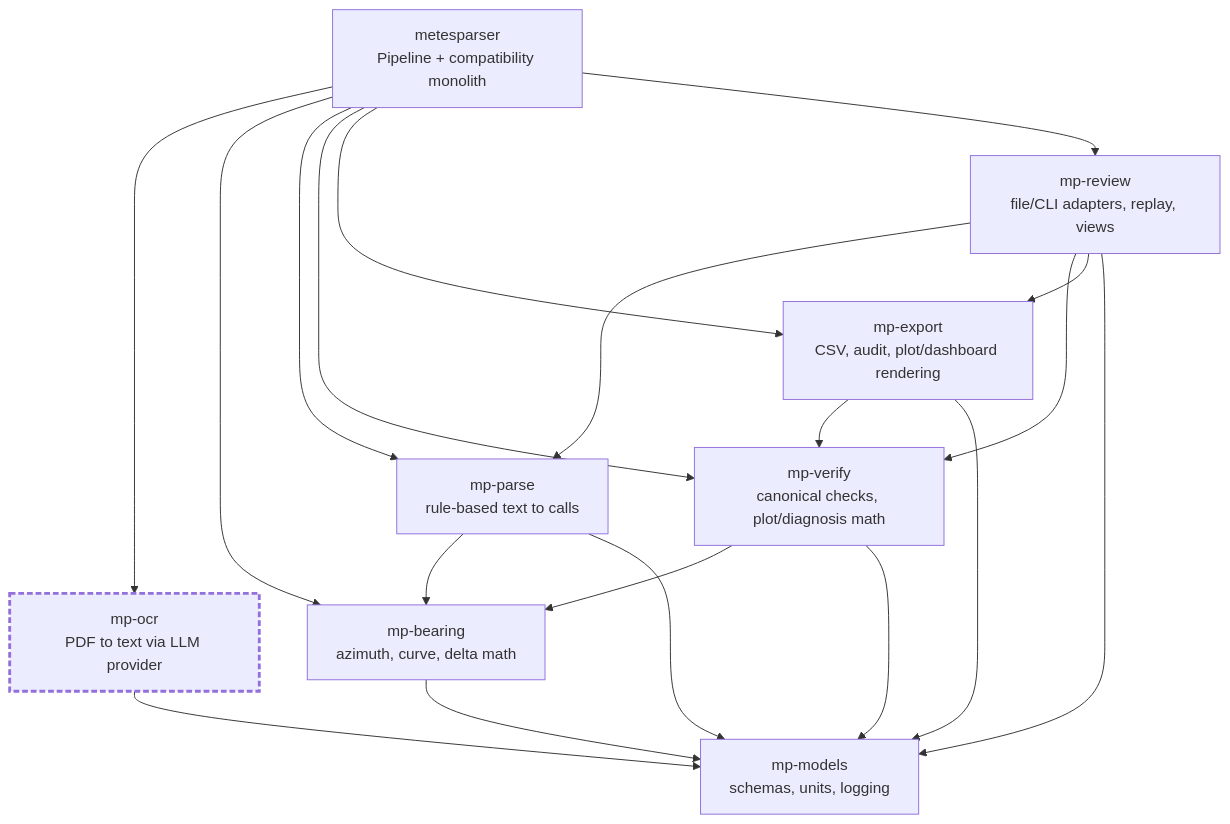
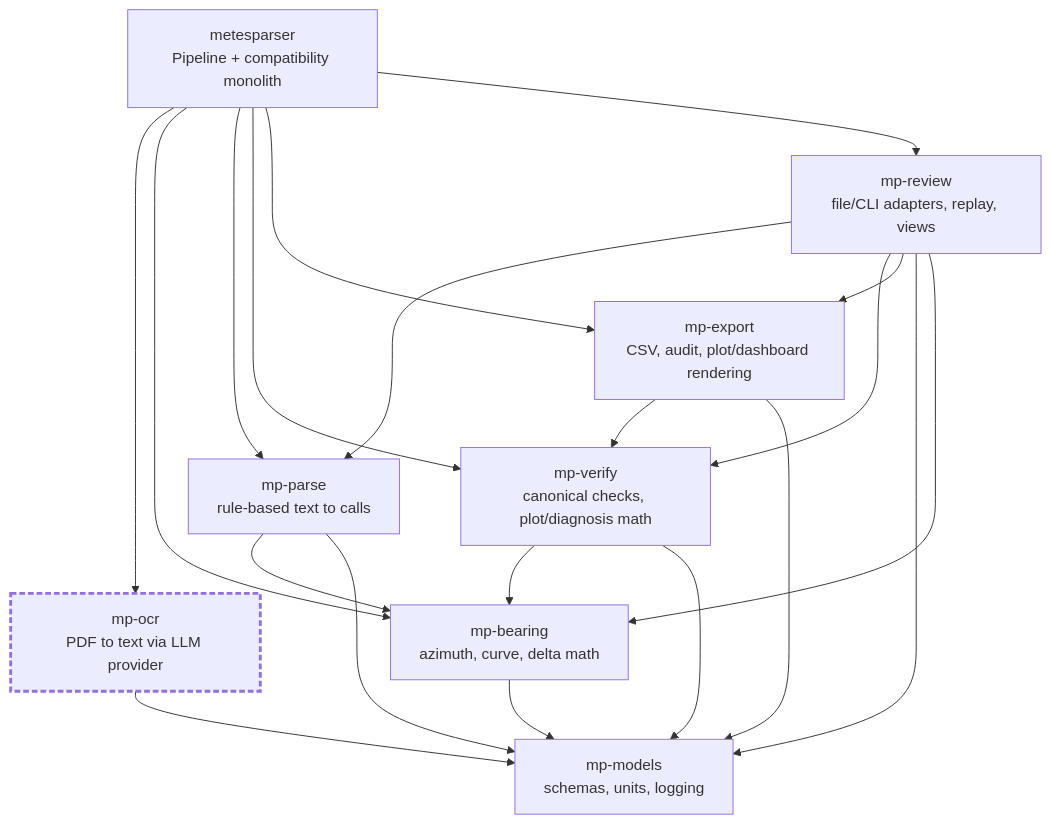
Before and after one commit to domfahey/metesParser: the first of 6 diagrams in docs/ARCHITECTURE.md, drawn with Mermaid. The commit also changed 7 other files, not shown here.

First line of the commit message:
fix(packaging): declare mp-bearing in mp-review; link architecture diagrams

````diff
--- a/docs/ARCHITECTURE.md
+++ b/docs/ARCHITECTURE.md
@@ -133,33 +133,34 @@
 ```mermaid
 graph TD
     root["metesparser<br/>Pipeline + compatibility monolith"]
     review["mp-review<br/>file/CLI adapters, replay, views"]
     export["mp-export<br/>CSV, audit, plot/dashboard rendering"]
     verify["mp-verify<br/>canonical checks, plot/diagnosis math"]
     parse["mp-parse<br/>rule-based text to calls"]
     ocr["mp-ocr<br/>PDF to text via LLM provider"]
     bearing["mp-bearing<br/>azimuth, curve, delta math"]
     models["mp-models<br/>schemas, units, logging"]
 
     root --> ocr
     root --> bearing
     root --> parse
     root --> verify
     root --> export
     root --> review
     review --> parse
     review --> verify
     review --> export
     export --> verify
     export --> models
     verify --> bearing
     verify --> models
     parse --> bearing
     parse --> models
     bearing --> models
     ocr --> models
     review --> models
+    review --> bearing
 
     classDef llm stroke-width:3px,stroke-dasharray:6 3
     class ocr llm
 ```
````
